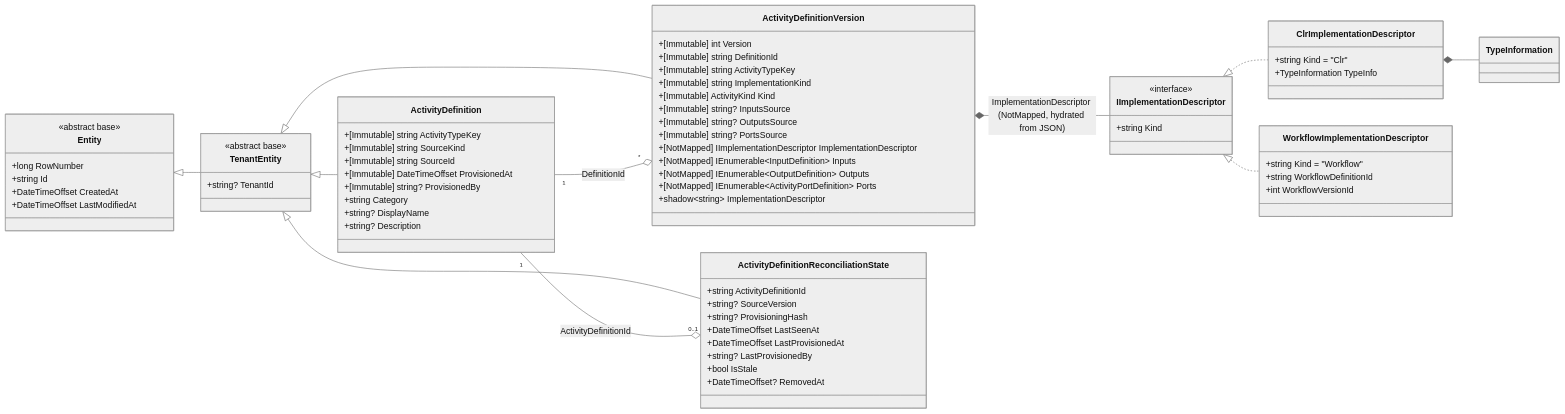
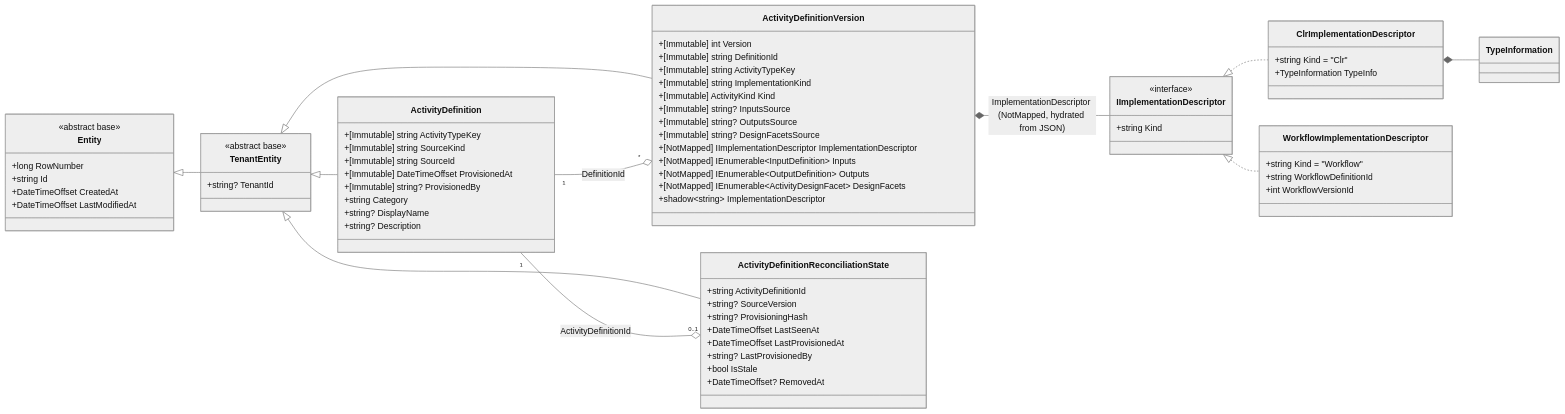
Before and after one commit to elsa-workflows/elsa-foundation: the diagram in specs/001-activity-identity-catalog/data-model.md, drawn with Mermaid (neutral theme). The commit also changed other lines of this file and 56 other files, not shown here.

Commit message:
Replace activity ports with design facets

```diff
--- a/specs/001-activity-identity-catalog/data-model.md
+++ b/specs/001-activity-identity-catalog/data-model.md
@@ -40,11 +40,11 @@
         +[Immutable] ActivityKind Kind
         +[Immutable] string? InputsSource
         +[Immutable] string? OutputsSource
-        +[Immutable] string? PortsSource
+        +[Immutable] string? DesignFacetsSource
         +[NotMapped] IImplementationDescriptor ImplementationDescriptor
         +[NotMapped] IEnumerable~InputDefinition~ Inputs
         +[NotMapped] IEnumerable~OutputDefinition~ Outputs
-        +[NotMapped] IEnumerable~ActivityPortDefinition~ Ports
+        +[NotMapped] IEnumerable~ActivityDesignFacet~ DesignFacets
         +shadow~string~ ImplementationDescriptor
     }
 
```
